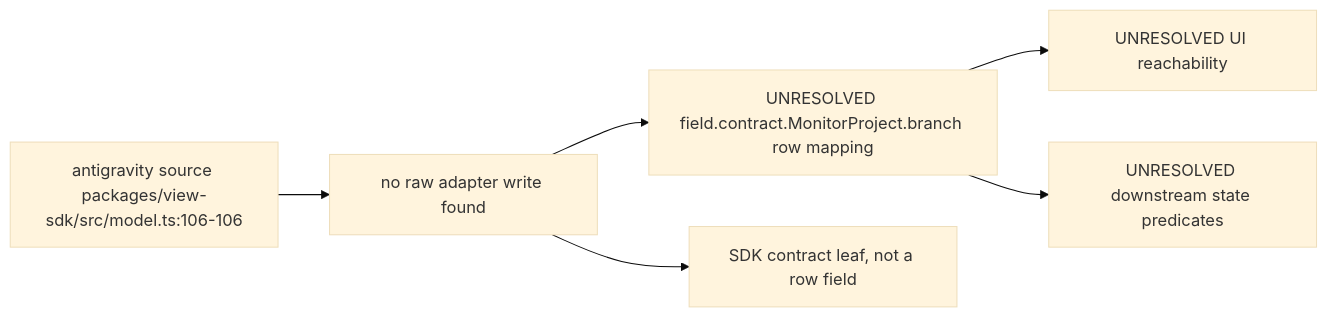
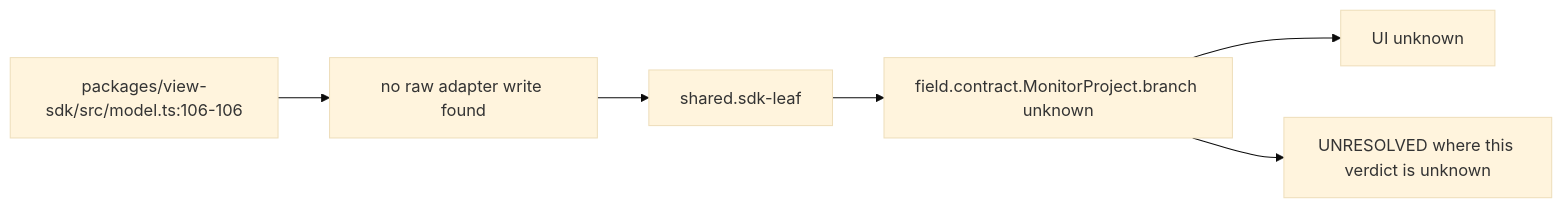
Before and after one commit to vibefield/vibefield: the diagram in audit/godview/evidence/antigravity/contract.MonitorProject.branch.mmd, drawn with Mermaid (base theme). The commit also changed 1609 other files, not shown here.

```diff
--- a/audit/godview/evidence/antigravity/contract.MonitorProject.branch.mmd
+++ b/audit/godview/evidence/antigravity/contract.MonitorProject.branch.mmd
@@ -1,11 +1,13 @@
+%% graph_ref: shared.sdk-leaf
+%% adapter: antigravity
+%% field: field.contract.MonitorProject.branch
+%% forensic: source-read at 748d015; not a live sample
 flowchart LR
-  src["antigravity source packages/view-sdk/src/model.ts:106-106"]
+  src["packages/view-sdk/src/model.ts:106-106"]
   raw["no raw adapter write found"]
-  row["UNRESOLVED field.contract.MonitorProject.branch row mapping"]
-  ui["UNRESOLVED UI reachability"]
-  states["UNRESOLVED downstream state predicates"]
-  src --> raw --> row
-  row --> ui
-  row --> states
-  leaf["SDK contract leaf, not a row field"]
-  raw --> leaf
+  shared["shared.sdk-leaf"]
+  row["field.contract.MonitorProject.branch unknown"]
+  ui["UI unknown"]
+  src --> raw --> shared --> row --> ui
+  open["UNRESOLVED where this verdict is unknown"]
+  row --> open
```
